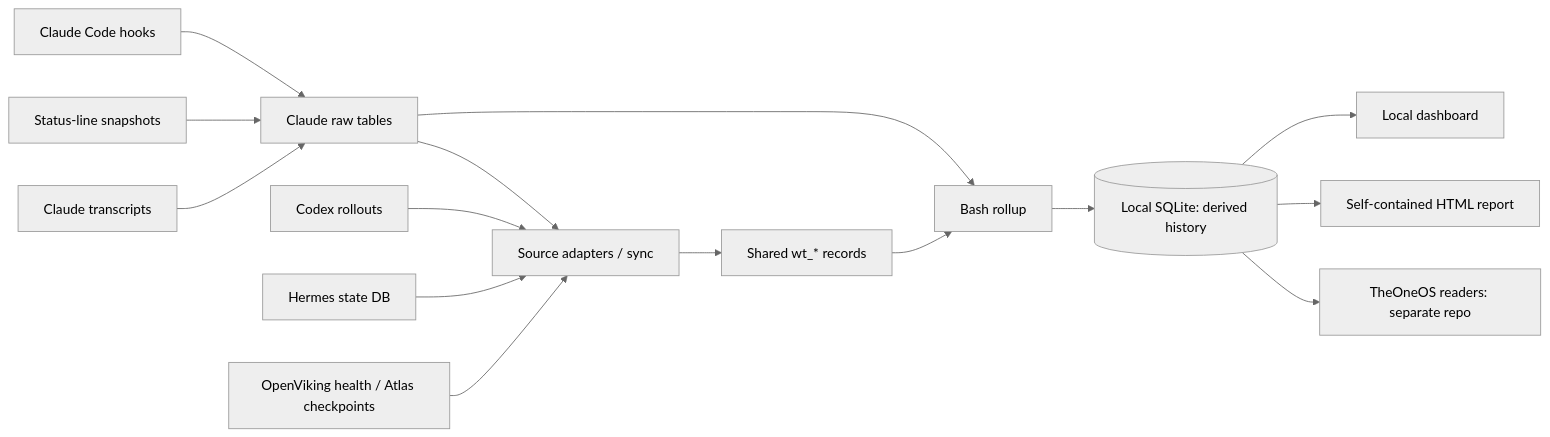
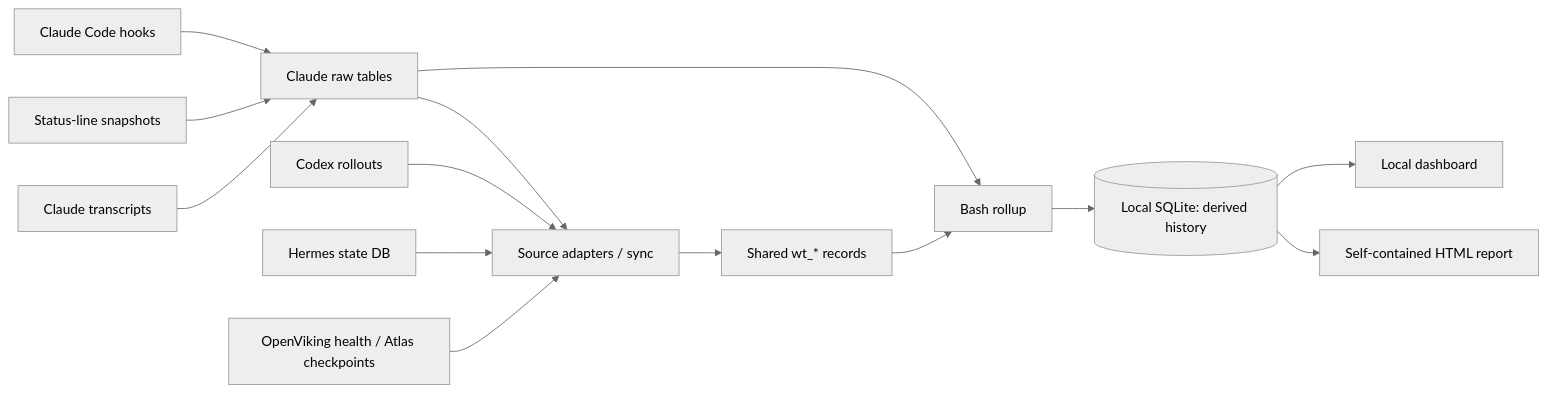
Before and after one commit to RaDeleon/Agent-Watchtower: the diagram in README.md, drawn with Mermaid (neutral theme). The commit also changed other lines of this file and 40 other files, not shown here.

````diff
--- a/README.md
+++ b/README.md
@@ -238,17 +238,16 @@
 ```mermaid
 flowchart LR
     H[Claude Code hooks] --> C[Claude raw tables]
     S[Status-line snapshots] --> C
     T[Claude transcripts] --> C
     C --> A[Source adapters / sync]
     X[Codex rollouts] --> A
     M[Hermes state DB] --> A
     O[OpenViking health / Atlas checkpoints] --> A
     A --> W[Shared wt_* records]
     C --> R[Bash rollup]
     W --> R
     R --> D[(Local SQLite: derived history)]
     D --> U[Local dashboard]
     D --> F[Self-contained HTML report]
-    D --> E[TheOneOS readers: separate repo]
 ```
````
